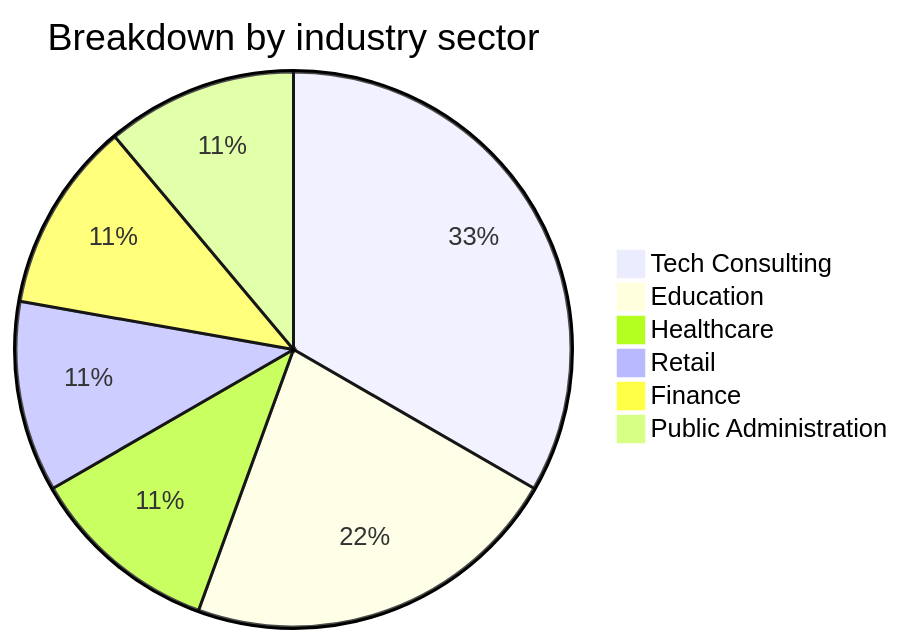
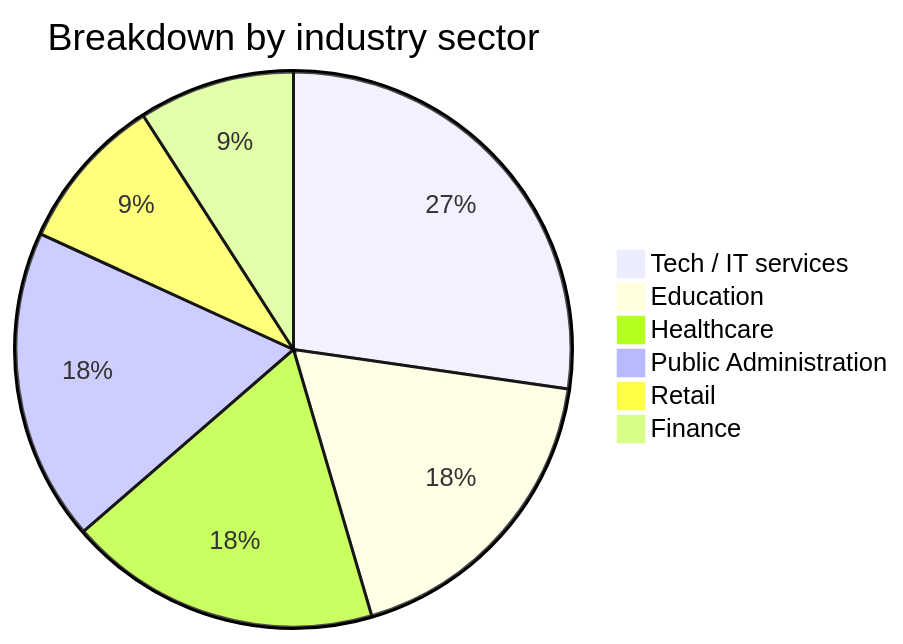
One commit to Hatchepsoute/AFRINTEL changed the second of 5 diagrams in CyberAttackAfrica/2025/03-march/README.md. Above: the diagram before and after it, drawn with Mermaid. The commit also changed other lines of this file and 255 other files, not shown here.

````diff
--- a/CyberAttackAfrica/2025/03-march/README.md
+++ b/CyberAttackAfrica/2025/03-march/README.md
@@ -54,9 +58,9 @@
 ```mermaid
 pie title Breakdown by industry sector
-    "Tech Consulting" : 3
+    "Tech / IT services" : 3
     "Education" : 2
-    "Healthcare" : 1
+    "Healthcare" : 2
+    "Public Administration" : 2
     "Retail" : 1
     "Finance" : 1
-    "Public Administration" : 1
 ```
````
